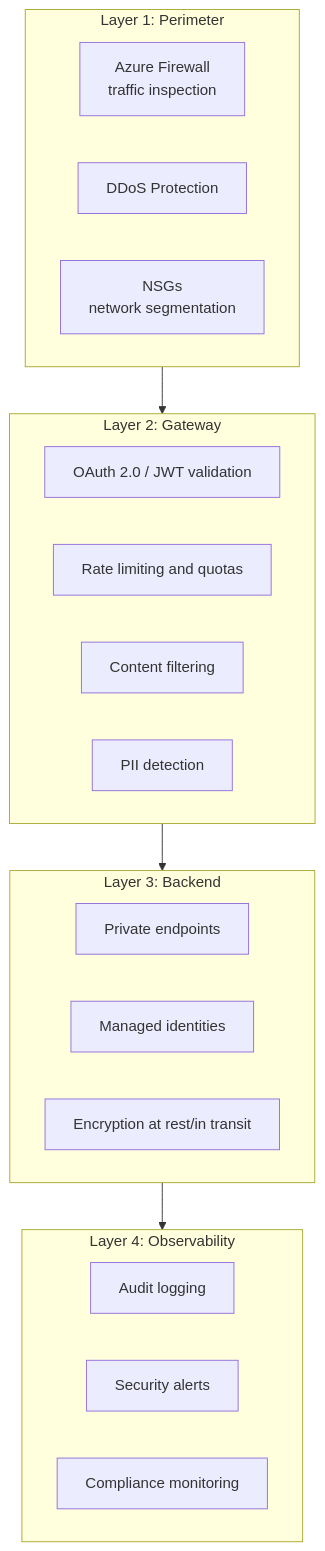
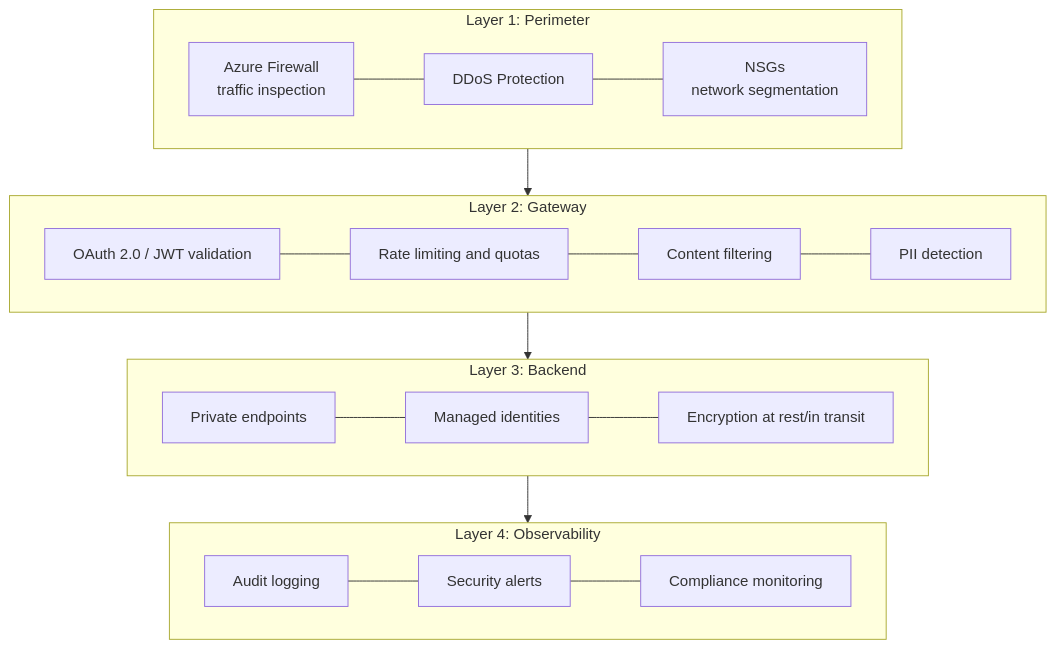
One commit to khenzo/ai-hub-gateway changed the fifth of 6 diagrams in docs/ai-patterns/apim-reference.mdx. Above: the diagram before and after it, drawn with Mermaid. The commit also changed other lines of this file and 21 other files, not shown here.

````diff
--- a/docs/ai-patterns/apim-reference.mdx
+++ b/docs/ai-patterns/apim-reference.mdx
@@ -193,29 +193,24 @@
 ```mermaid
 flowchart TD
     subgraph L1["Layer 1: Perimeter"]
-        AF["Azure Firewall\ntraffic inspection"]
-        DD["DDoS Protection"]
-        NSG["NSGs\nnetwork segmentation"]
+        direction LR
+        AF["Azure Firewall\ntraffic inspection"] --- DD["DDoS Protection"] --- NSG["NSGs\nnetwork segmentation"]
     end
 
     subgraph L2["Layer 2: Gateway"]
-        OA["OAuth 2.0 / JWT validation"]
-        RL["Rate limiting and quotas"]
-        CF["Content filtering"]
-        PII["PII detection"]
+        direction LR
+        OA["OAuth 2.0 / JWT validation"] --- RL["Rate limiting and quotas"] --- CF["Content filtering"] --- PII["PII detection"]
     end
 
     subgraph L3["Layer 3: Backend"]
-        PE["Private endpoints"]
-        MI["Managed identities"]
-        ENC["Encryption at rest/in transit"]
+        direction LR
+        PE["Private endpoints"] --- MI["Managed identities"] --- ENC["Encryption at rest/in transit"]
     end
 
     subgraph L4["Layer 4: Observability"]
-        AL["Audit logging"]
-        SA["Security alerts"]
-        CM["Compliance monitoring"]
+        direction LR
+        AL["Audit logging"] --- SA["Security alerts"] --- CM["Compliance monitoring"]
     end
 
     L1 --> L2 --> L3 --> L4
 ```
````
